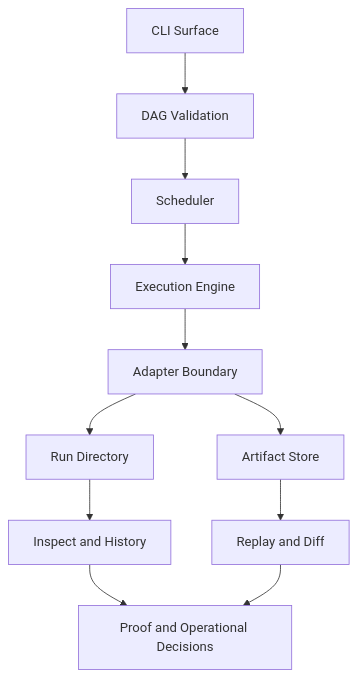
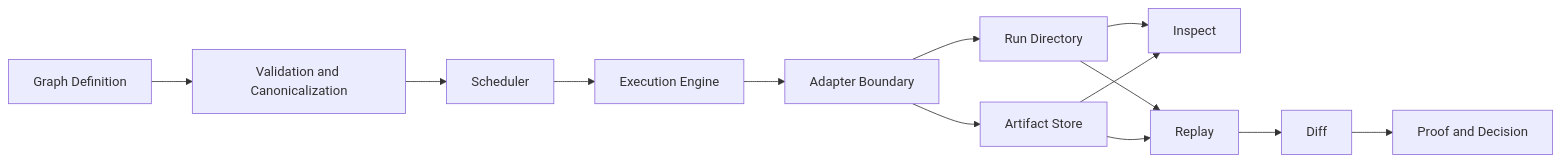
One commit to bijux/bijux-cli changed the diagram in docs/05-system-architecture/01-system-overview.md. Above: the diagram before and after it, drawn with Mermaid. The commit also changed other lines of this file and 1 other file, not shown here.

Commit message:
docs(architecture): rewrite overview and crate boundaries around execution truth loop and semantic isolation

````diff
--- a/docs/05-system-architecture/01-system-overview.md
+++ b/docs/05-system-architecture/01-system-overview.md
@@ -123,13 +22,15 @@
 ```mermaid
-graph TD
-  A[CLI Surface] --> B[DAG Validation]
+graph LR
+  A[Graph Definition] --> B[Validation and Canonicalization]
   B --> C[Scheduler]
   C --> D[Execution Engine]
   D --> E[Adapter Boundary]
   E --> F[Run Directory]
   E --> G[Artifact Store]
-  F --> H[Inspect and History]
-  G --> I[Replay and Diff]
-  H --> J[Proof and Operational Decisions]
-  I --> J
+  F --> H[Inspect]
+  G --> H
+  F --> I[Replay]
+  G --> I
+  I --> J[Diff]
+  J --> K[Proof and Decision]
 ```
````
